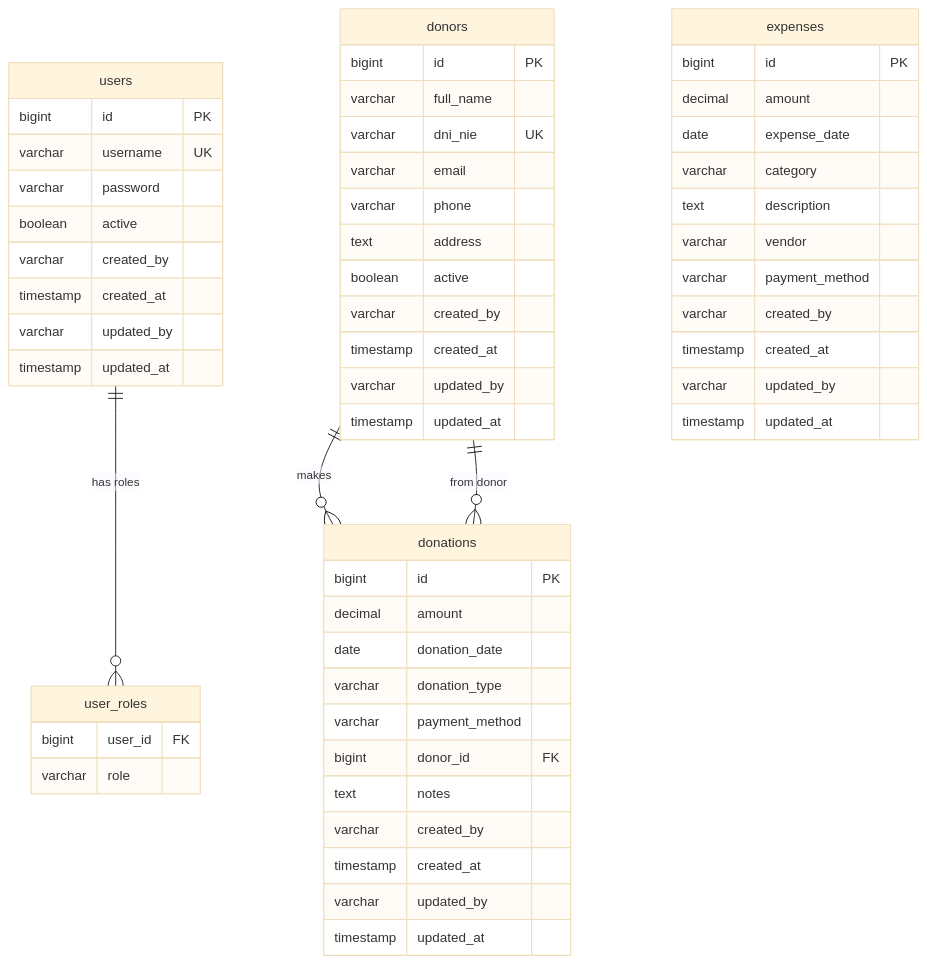
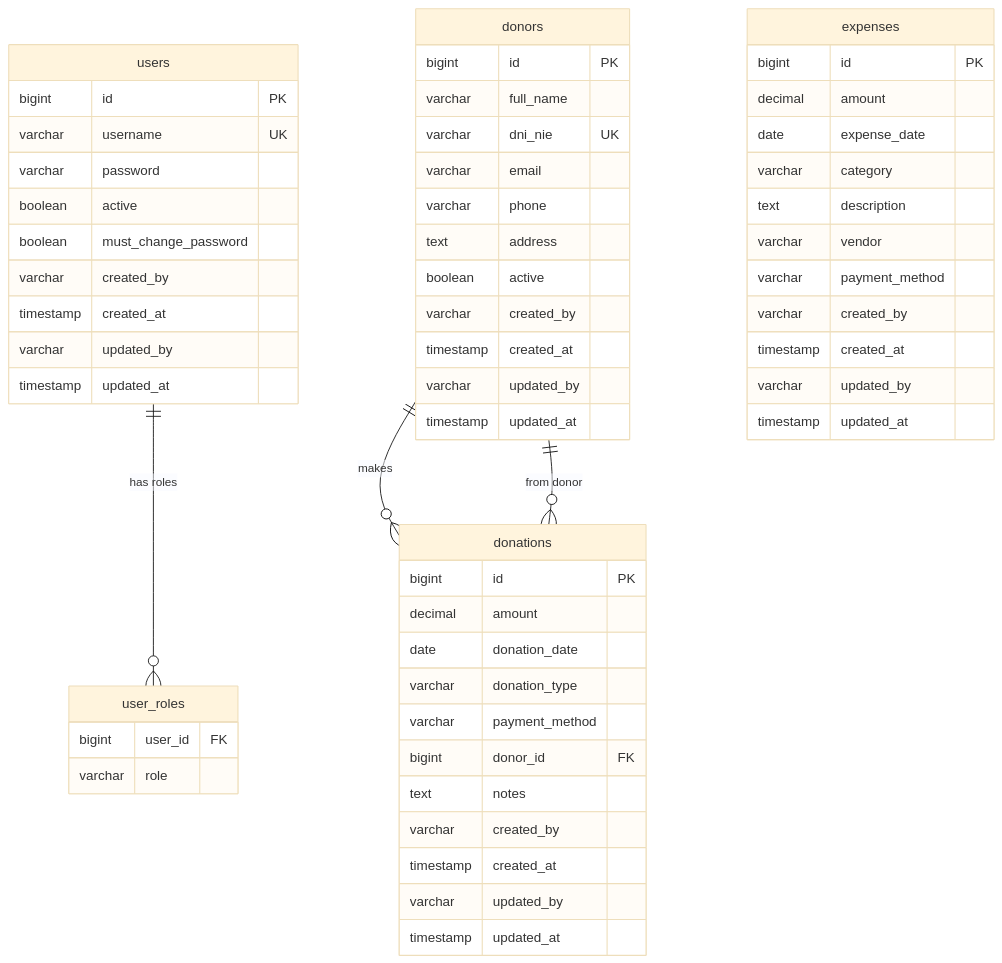
One commit to jorgetroya80/donations-api changed the fourth of 12 diagrams in docs/architecture.md. Above: the diagram before and after it, drawn with Mermaid (base theme). The commit also changed other lines of this file and 26 other files, not shown here.

````diff
--- a/docs/architecture.md
+++ b/docs/architecture.md
@@ -285,64 +286,65 @@
 ```mermaid
 erDiagram
     users {
         bigint id PK
         varchar username UK
         varchar password
         boolean active
+        boolean must_change_password
         varchar created_by
         timestamp created_at
         varchar updated_by
         timestamp updated_at
     }
 
     user_roles {
         bigint user_id FK
         varchar role
     }
 
     donors {
         bigint id PK
         varchar full_name
         varchar dni_nie UK
         varchar email
         varchar phone
         text address
         boolean active
         varchar created_by
         timestamp created_at
         varchar updated_by
         timestamp updated_at
     }
 
     donations {
         bigint id PK
         decimal amount
         date donation_date
         varchar donation_type
         varchar payment_method
         bigint donor_id FK
         text notes
         varchar created_by
         timestamp created_at
         varchar updated_by
         timestamp updated_at
     }
 
     expenses {
         bigint id PK
         decimal amount
         date expense_date
         varchar category
         text description
         varchar vendor
         varchar payment_method
         varchar created_by
         timestamp created_at
         varchar updated_by
         timestamp updated_at
     }
 
     users ||--o{ user_roles : "has roles"
     donors ||--o{ donations : "makes"
     donations }o--|| donors : "from donor"
 ```
````
